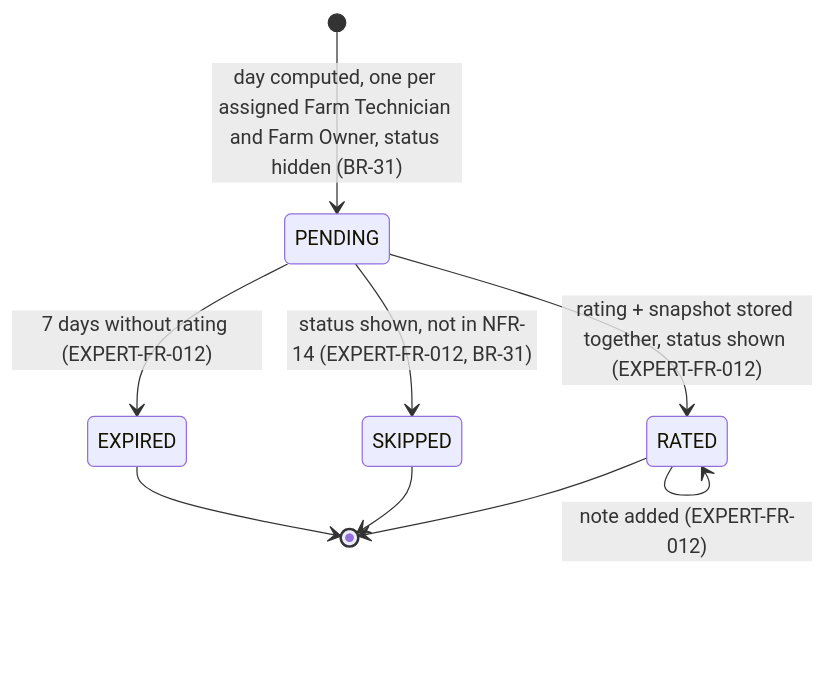
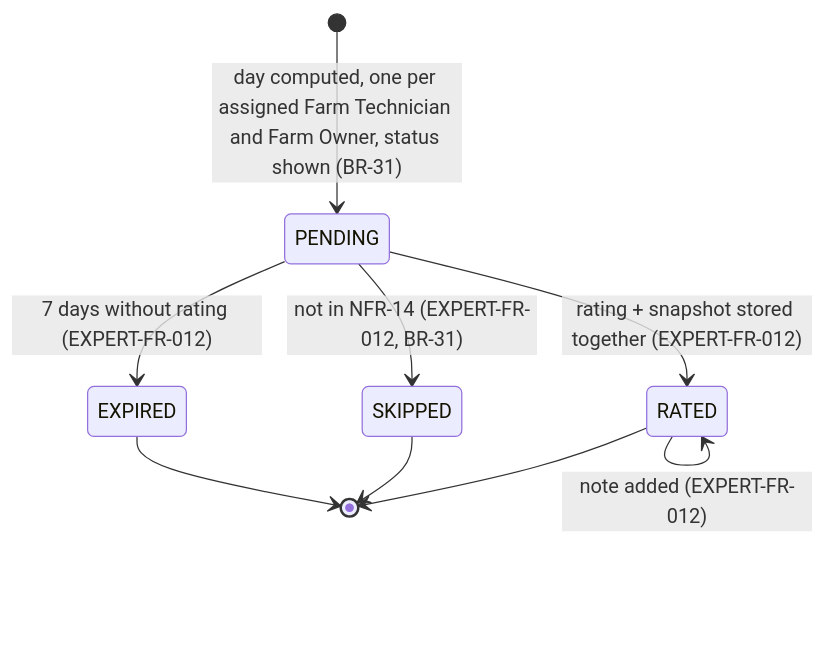
Before and after one commit to NBao261/SwiftletCare_KLTN: diagram 21 of 40 in docs/reports/report4-sdd.md, drawn with Mermaid. The commit also changed other lines of this file and 8 other files, not shown here.

First line of the commit message:
docs(srs): rating after the system status, BR-31 no longer blind (Report 3 4.2.14)

````diff
--- a/docs/reports/report4-sdd.md
+++ b/docs/reports/report4-sdd.md
@@ -1278,11 +1278,11 @@
 ```mermaid
 stateDiagram-v2
-  [*] --> PENDING : day computed, one per assigned Farm Technician and Farm Owner, status hidden (BR-31)
-  PENDING --> RATED : rating + snapshot stored together, status shown (EXPERT-FR-012)
-  PENDING --> SKIPPED : status shown, not in NFR-14 (EXPERT-FR-012, BR-31)
+  [*] --> PENDING : day computed, one per assigned Farm Technician and Farm Owner, status shown (BR-31)
+  PENDING --> RATED : rating + snapshot stored together (EXPERT-FR-012)
+  PENDING --> SKIPPED : not in NFR-14 (EXPERT-FR-012, BR-31)
   PENDING --> EXPIRED : 7 days without rating (EXPERT-FR-012)
   RATED --> RATED : note added (EXPERT-FR-012)
   RATED --> [*]
   SKIPPED --> [*]
   EXPIRED --> [*]
 ```
````
